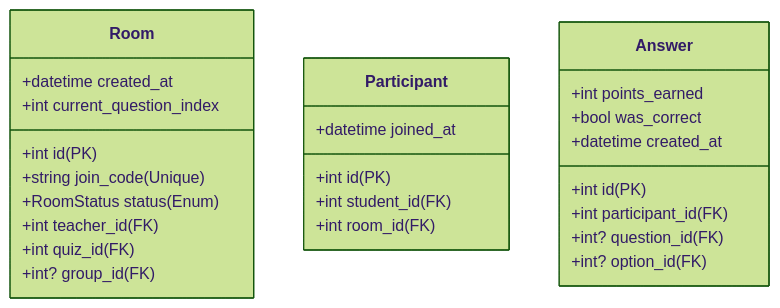
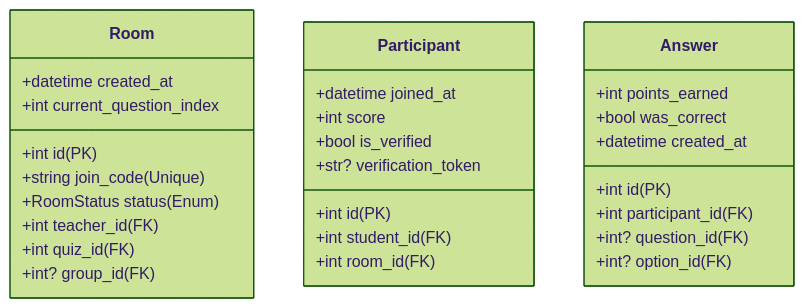
The third of 4 diagrams in docs/modelo_de_datos.md (frangago71/quizzie-TFG), drawn with Mermaid (forest theme) before and after one commit. The commit also changed other lines of this file and 2 other files, not shown here.

Commit message:
feat: update models to add verification attributes
Refs #42

````diff
--- a/docs/modelo_de_datos.md
+++ b/docs/modelo_de_datos.md
@@ -103,31 +105,34 @@
 ```mermaid
 classDiagram
     direction TB
     class Room {
             +int id (PK)
             +string join_code (Unique)
             +RoomStatus status (Enum)
             +datetime created_at
             +int current_question_index
             +int teacher_id (FK)
             +int quiz_id (FK)
             +int? group_id (FK)
         }
 
     class Participant {
         +int id (PK)
         +datetime joined_at
+        +int score
+        +bool is_verified
+        +str? verification_token
         +int student_id (FK)
         +int room_id (FK)
     }
 
     class Answer {
         +int id (PK)
         +int points_earned
         +bool was_correct
         +datetime created_at
         +int participant_id (FK)
         +int? question_id (FK)
         +int? option_id (FK)
     }
 ```
````
